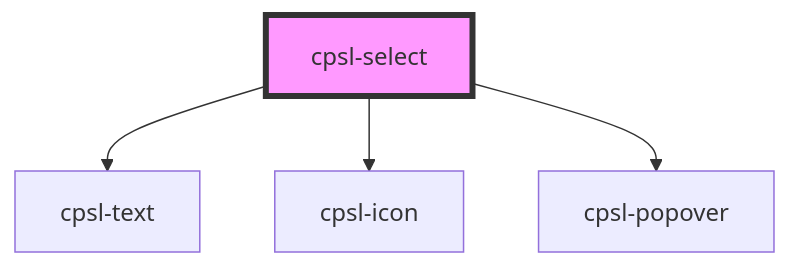
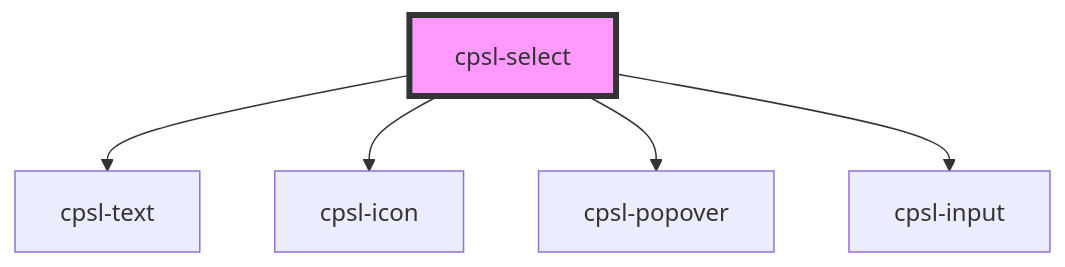
One commit to getpara/examples-hub changed the diagram in packages/core-components/src/components/cpsl-select/readme.md. Above: the diagram before and after it, drawn with Mermaid. The commit also changed other lines of this file and 298 other files, not shown here.

````diff
--- a/packages/core-components/src/components/cpsl-select/readme.md
+++ b/packages/core-components/src/components/cpsl-select/readme.md
@@ -44,7 +58,8 @@
 ```mermaid
 graph TD;
   cpsl-select --> cpsl-text
   cpsl-select --> cpsl-icon
   cpsl-select --> cpsl-popover
+  cpsl-select --> cpsl-input
   style cpsl-select fill:#f9f,stroke:#333,stroke-width:4px
 ```
````
